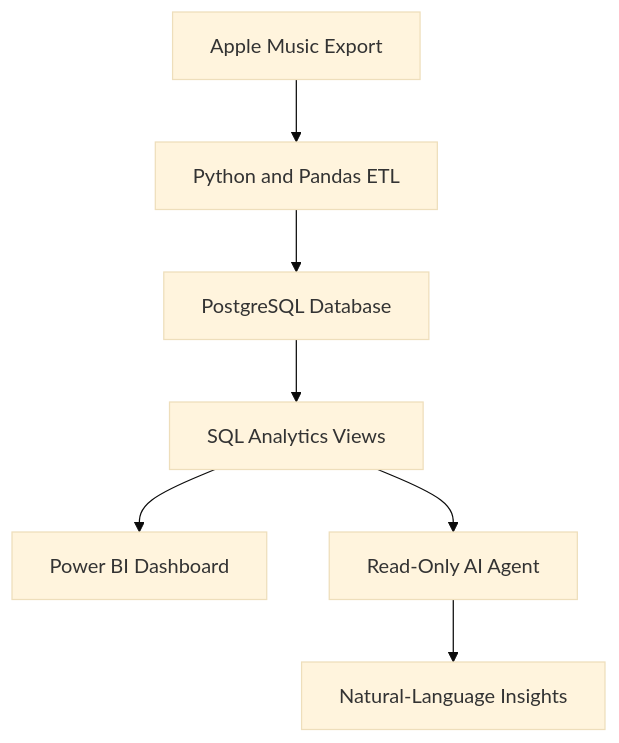
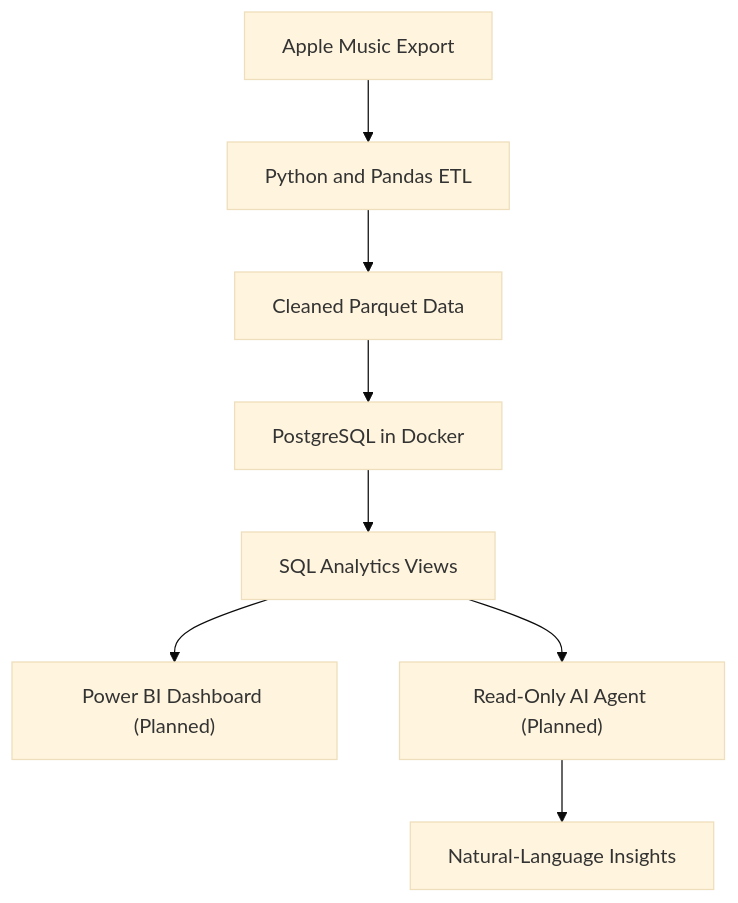
One commit to Mohamed254-pixel/music-insights-agent changed the diagram in README.md. Above: the diagram before and after it, drawn with Mermaid (base theme). The commit also changed other lines of this file and 8 other files, not shown here.

Commit message:
Add Dockerized PostgreSQL analytics pipeline

````diff
--- a/README.md
+++ b/README.md
@@ -45,9 +23,10 @@
 ```mermaid
 flowchart TD
     A["Apple Music Export"] --> B["Python and Pandas ETL"]
-    B --> C["PostgreSQL Database"]
-    C --> D["SQL Analytics Views"]
-    D --> E["Power BI Dashboard"]
-    D --> F["Read-Only AI Agent"]
-    F --> G["Natural-Language Insights"]
+    B --> C["Cleaned Parquet Data"]
+    C --> D["PostgreSQL in Docker"]
+    D --> E["SQL Analytics Views"]
+    E --> F["Power BI Dashboard (Planned)"]
+    E --> G["Read-Only AI Agent (Planned)"]
+    G --> H["Natural-Language Insights"]
 ```
````
